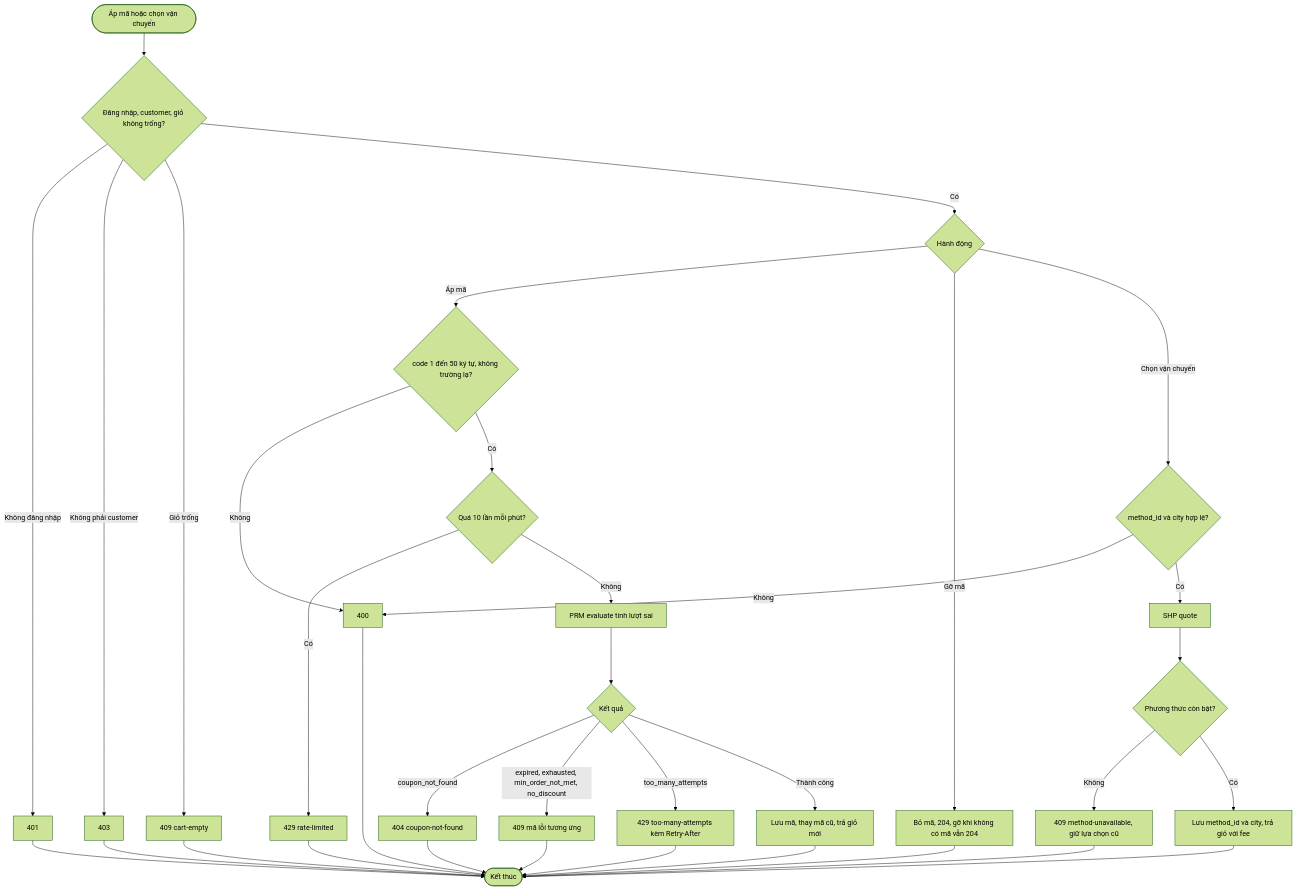
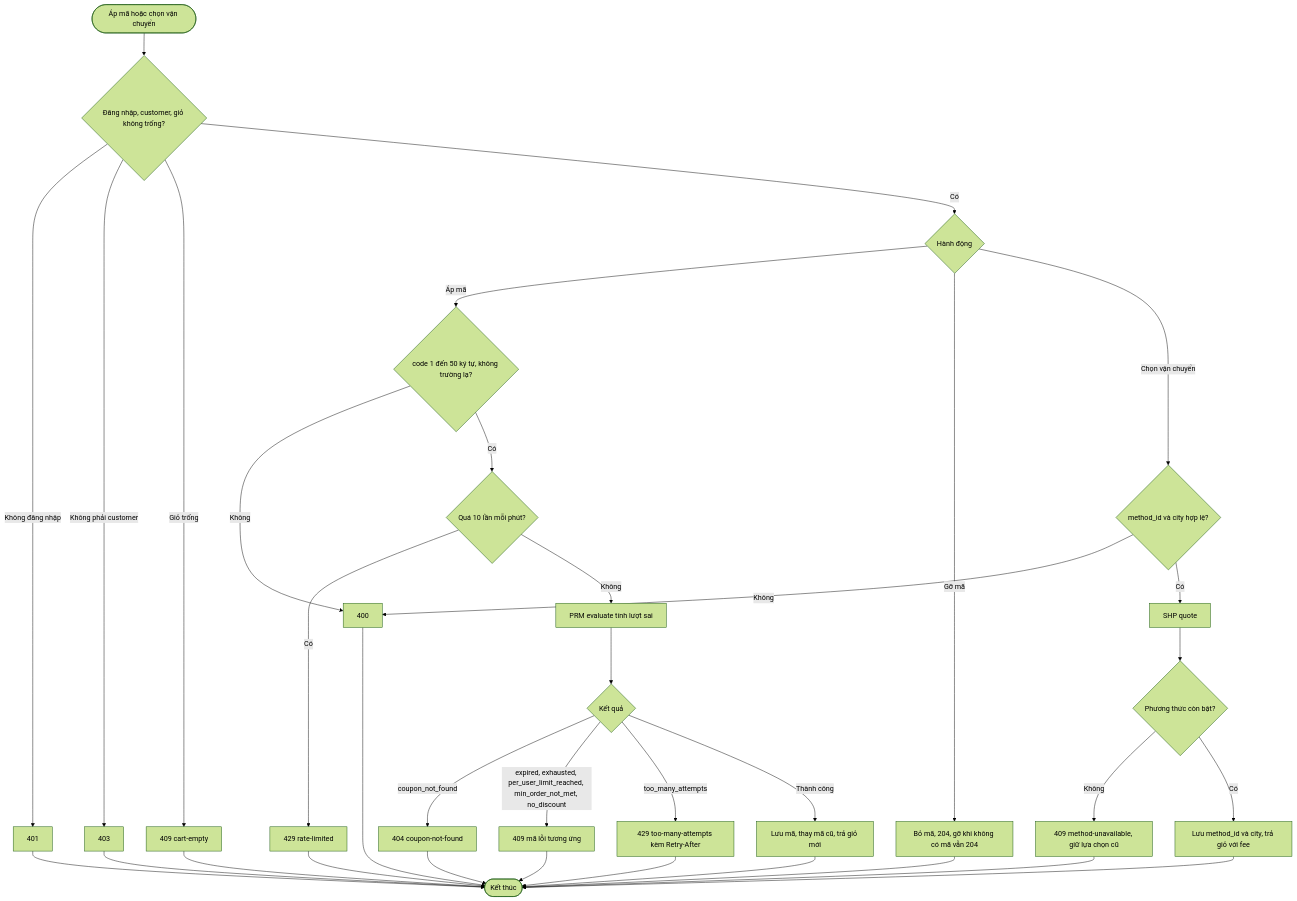
Before and after one commit to bvminh-dev/Min-SDLC: the third of 4 diagrams in spec/epics/CRT/flows/CRT-FLOW-20261006-103226640.md, drawn with Mermaid (forest theme). The commit also changed other lines of this file and 1457 other files, not shown here.

````diff
--- a/spec/epics/CRT/flows/CRT-FLOW-20261006-103226640.md
+++ b/spec/epics/CRT/flows/CRT-FLOW-20261006-103226640.md
@@ -103,37 +103,37 @@
 ```mermaid
 flowchart TD
     A([Áp mã hoặc chọn vận chuyển]) --> B{Đăng nhập, customer, giỏ không trống?}
     B -- Không đăng nhập --> E401[401]
     B -- Không phải customer --> E403[403]
     B -- Giỏ trống --> E409a[409 cart-empty]
     B -- Có --> C{Hành động}
     C -- Áp mã --> D{code 1 đến 50 ký tự, không trường lạ?}
     D -- Không --> E400[400]
     D -- Có --> D1{Quá 10 lần mỗi phút?}
     D1 -- Có --> E429a[429 rate-limited]
     D1 -- Không --> D2[PRM evaluate tính lượt sai]
     D2 --> D3{Kết quả}
     D3 -- coupon_not_found --> N404[404 coupon-not-found]
-    D3 -- expired, exhausted, min_order_not_met, no_discount --> N409[409 mã lỗi tương ứng]
+    D3 -- expired, exhausted, per_user_limit_reached, min_order_not_met, no_discount --> N409[409 mã lỗi tương ứng]
     D3 -- too_many_attempts --> N429[429 too-many-attempts kèm Retry-After]
     D3 -- Thành công --> D4[Lưu mã, thay mã cũ, trả giỏ mới]
     C -- Gỡ mã --> R1[Bỏ mã, 204, gỡ khi không có mã vẫn 204]
     C -- Chọn vận chuyển --> S1{method_id và city hợp lệ?}
     S1 -- Không --> E400
     S1 -- Có --> S2[SHP quote]
     S2 --> S3{Phương thức còn bật?}
     S3 -- Không --> M409[409 method-unavailable, giữ lựa chọn cũ]
     S3 -- Có --> S4[Lưu method_id và city, trả giỏ với fee]
     D4 --> Z([Kết thúc])
     R1 --> Z
     S4 --> Z
     E401 --> Z
     E403 --> Z
     E409a --> Z
     E400 --> Z
     E429a --> Z
     N404 --> Z
     N409 --> Z
     N429 --> Z
     M409 --> Z
 ```
````
